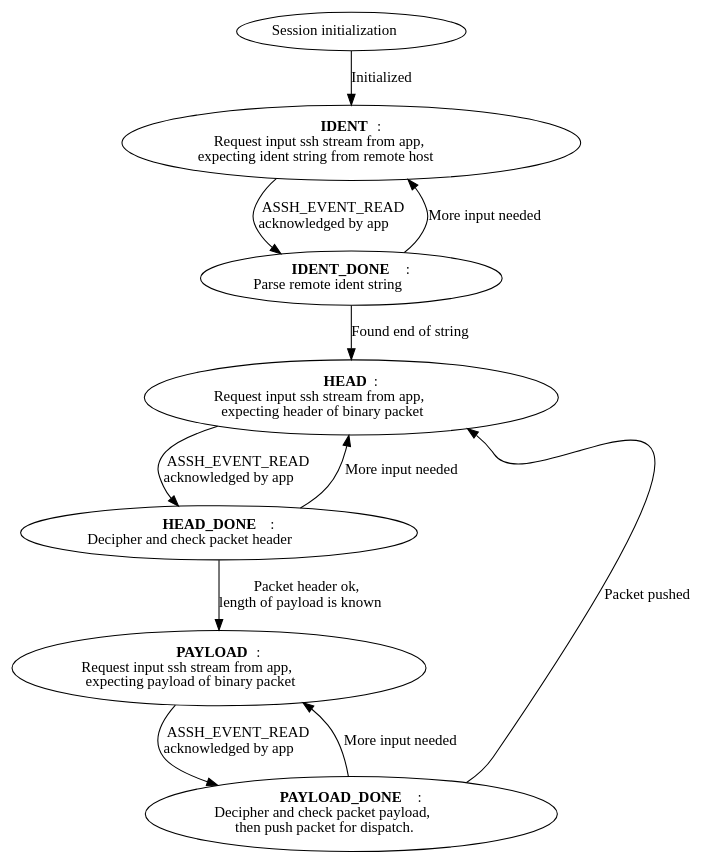
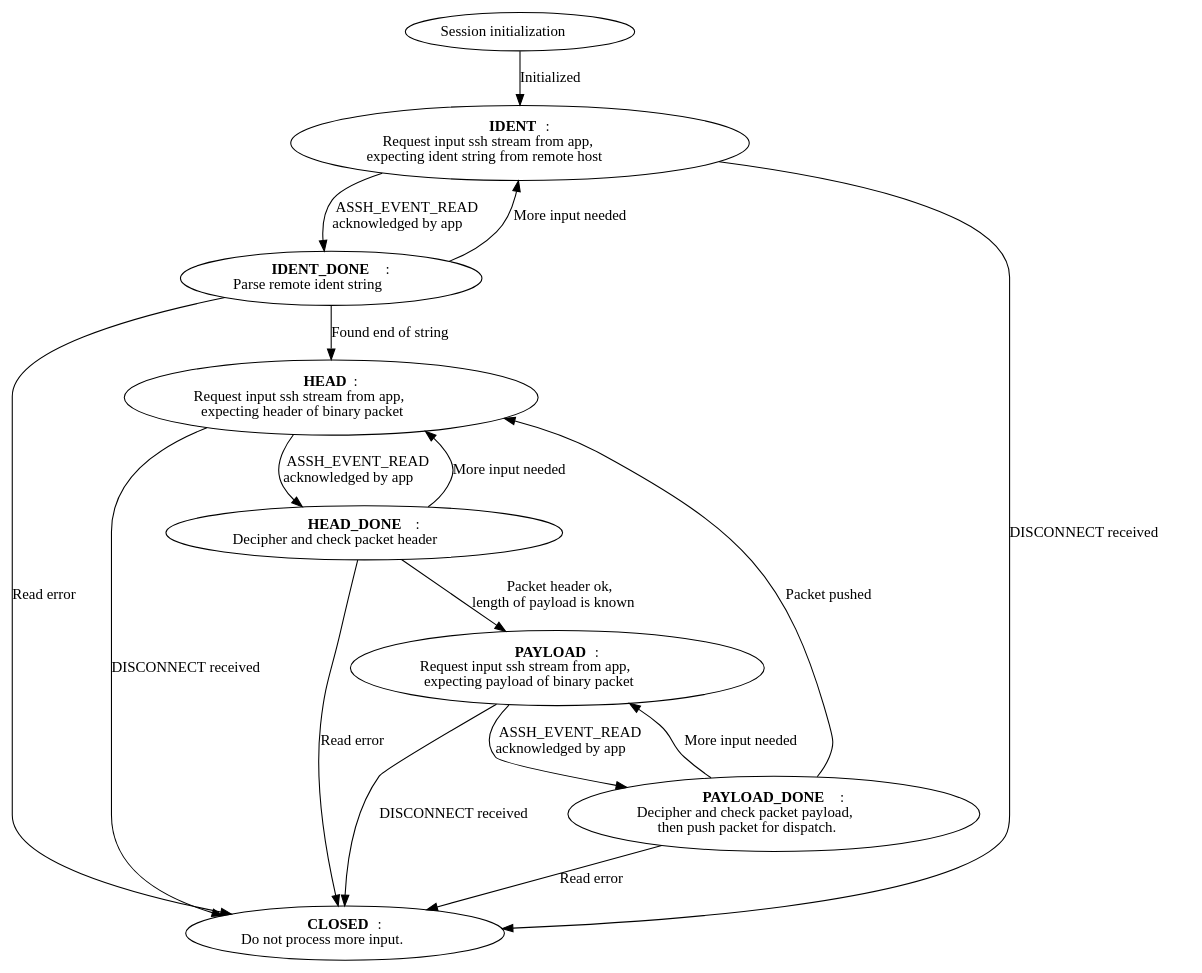
One commit to diaxen/libassh-mirror changed the diagram in doc/transport_in.dot. Above: the diagram before and after it, drawn with Graphviz. The commit also changed 18 other files, not shown here.

Commit message:
improved handling of session close, replaced the ASSH_TR_FIN main FSM state by the ASSH_TR_IN_CLOSED and ASSH_TR_OUT_CLOSED states in IO FSMs.

```diff
--- a/doc/transport_in.dot
+++ b/doc/transport_in.dot
@@ -1,32 +1,40 @@
 digraph {
   ASSH_init [label=<Session initialization>];
 
   ASSH_init -> ASSH_TR_IN_IDENT [label=<Initialized>];
 
   ASSH_TR_IN_IDENT [label=<<b>IDENT</b>:<br/>Request input ssh stream from app,<br/>expecting ident string from remote host>];
 
   ASSH_TR_IN_IDENT -> ASSH_TR_IN_IDENT_DONE [label=<ASSH_EVENT_READ<br/>acknowledged by app>];
+  ASSH_TR_IN_IDENT -> ASSH_TR_IN_CLOSED [label=<DISCONNECT received>]
 
   ASSH_TR_IN_IDENT_DONE [label=<<b>IDENT_DONE</b>:<br/>Parse remote ident string>];
 
   ASSH_TR_IN_IDENT_DONE -> ASSH_TR_IN_IDENT [label=<More input needed>];
   ASSH_TR_IN_IDENT_DONE -> ASSH_TR_IN_HEAD [label=<Found end of string>];
+  ASSH_TR_IN_IDENT_DONE -> ASSH_TR_IN_CLOSED [label=<Read error>]
 
   ASSH_TR_IN_HEAD [label=<<b>HEAD</b>:<br/>Request input ssh stream from app,<br/>expecting header of binary packet>];
 
   ASSH_TR_IN_HEAD -> ASSH_TR_IN_HEAD_DONE [label=<ASSH_EVENT_READ<br/>acknowledged by app>];
+  ASSH_TR_IN_HEAD -> ASSH_TR_IN_CLOSED [label=<DISCONNECT received>]
 
   ASSH_TR_IN_HEAD_DONE [label=<<b>HEAD_DONE</b>:<br/>Decipher and check packet header>];
 
   ASSH_TR_IN_HEAD_DONE -> ASSH_TR_IN_HEAD [label=<More input needed>];
   ASSH_TR_IN_HEAD_DONE -> ASSH_TR_IN_PAYLOAD [label=<Packet header ok,<br/>length of payload is known>];
+  ASSH_TR_IN_HEAD_DONE -> ASSH_TR_IN_CLOSED [label=<Read error>]
 
   ASSH_TR_IN_PAYLOAD [label=<<b>PAYLOAD</b>:<br/>Request input ssh stream from app,<br/>expecting payload of binary packet>];
 
   ASSH_TR_IN_PAYLOAD -> ASSH_TR_IN_PAYLOAD_DONE [label=<ASSH_EVENT_READ<br/>acknowledged by app>];
+  ASSH_TR_IN_PAYLOAD -> ASSH_TR_IN_CLOSED [label=<DISCONNECT received>]
 
   ASSH_TR_IN_PAYLOAD_DONE [label=<<b>PAYLOAD_DONE</b>:<br/>Decipher and check packet payload,<br/>then push packet for dispatch.>];
 
   ASSH_TR_IN_PAYLOAD_DONE -> ASSH_TR_IN_PAYLOAD [label=<More input needed>];
   ASSH_TR_IN_PAYLOAD_DONE -> ASSH_TR_IN_HEAD [label=<Packet pushed>];
+  ASSH_TR_IN_PAYLOAD_DONE -> ASSH_TR_IN_CLOSED [label=<Read error>]
+
+  ASSH_TR_IN_CLOSED [label=<<b>CLOSED</b>:<br/>Do not process more input.>];
 }
```
